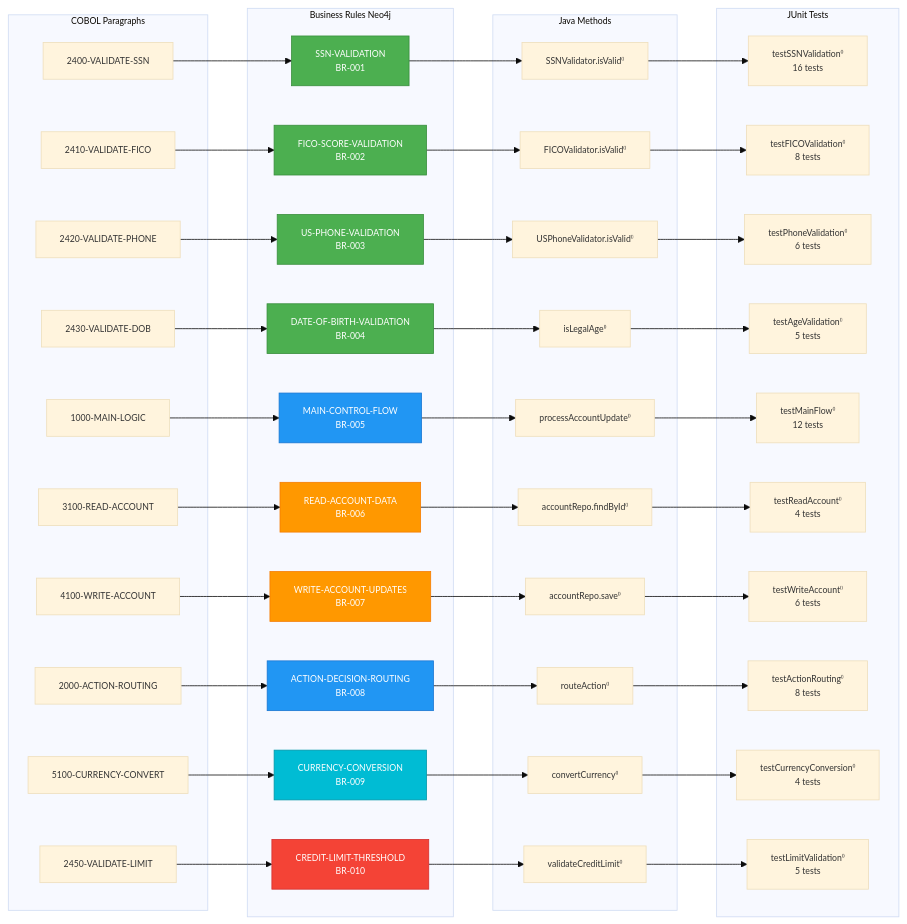
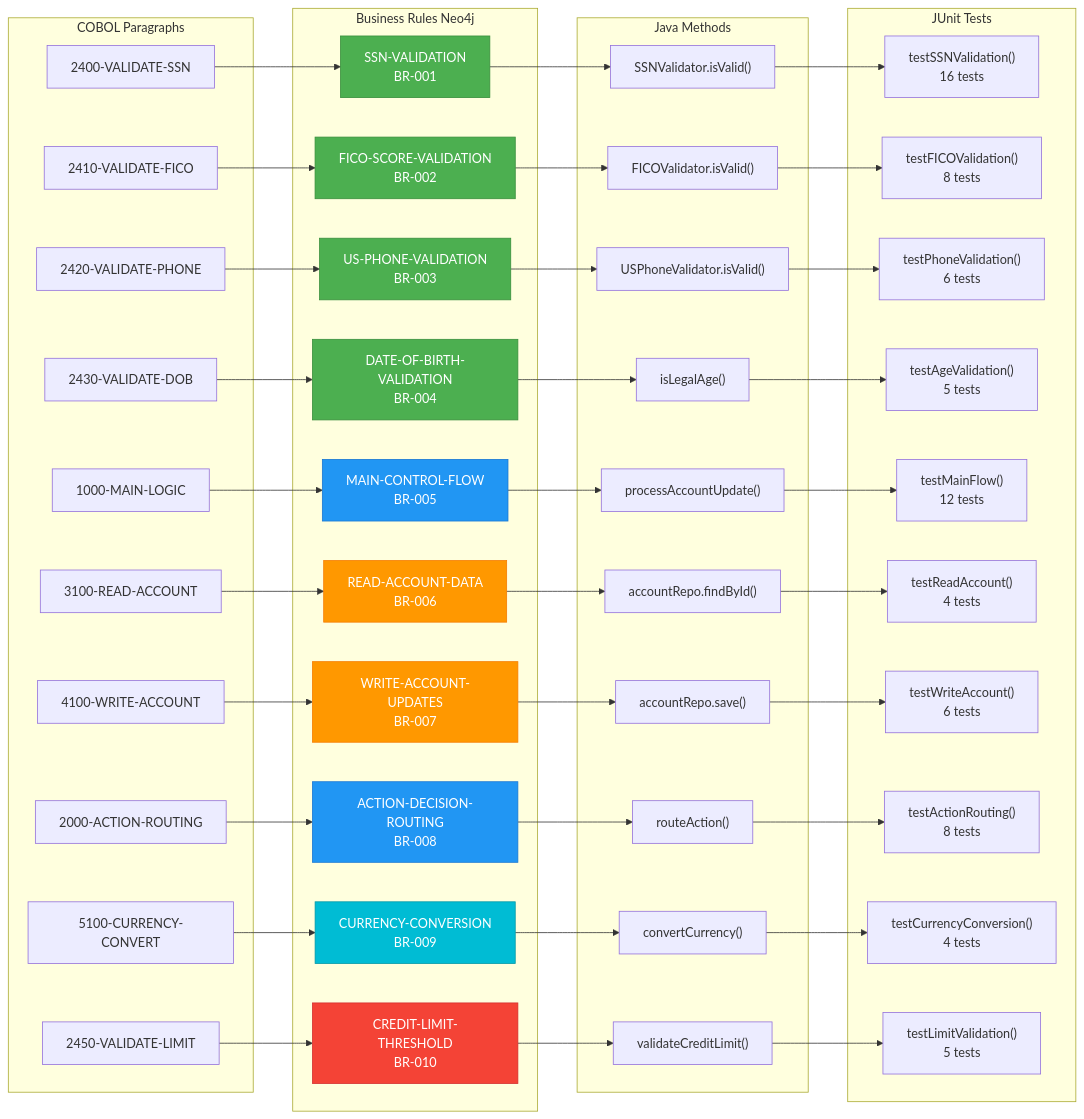
The second of 7 diagrams in docs/diagrams/BUSINESS-RULE-TRACEABILITY-DIAGRAM.md (vin082/LegacyCobolInsightsusingCustomAgents), drawn with Mermaid before and after one commit. The commit also changed other lines of this file, not shown here.

Commit message:
Fix Mermaid syntax errors in traceability diagrams - properly quote all labels and subgraphs for GitHub rendering

````diff
--- a/docs/diagrams/BUSINESS-RULE-TRACEABILITY-DIAGRAM.md
+++ b/docs/diagrams/BUSINESS-RULE-TRACEABILITY-DIAGRAM.md
@@ -86,73 +82,65 @@
 ```mermaid
-%%{init: {'theme':'base', 'themeVariables': { 'fontSize':'11px'}}}%%
 graph LR
-    subgraph "COBOL Paragraphs"
-        P1[2400-VALIDATE-SSN]
-        P2[2410-VALIDATE-FICO]
-        P3[2420-VALIDATE-PHONE]
-        P4[2430-VALIDATE-DOB]
-        P5[1000-MAIN-LOGIC]
-        P6[3100-READ-ACCOUNT]
-        P7[4100-WRITE-ACCOUNT]
-        P8[2000-ACTION-ROUTING]
-        P9[5100-CURRENCY-CONVERT]
-        P10[2450-VALIDATE-LIMIT]
+    subgraph COBOL_PARA["COBOL Paragraphs"]
+        P1["2400-VALIDATE-SSN"]
+        P2["2410-VALIDATE-FICO"]
+        P3["2420-VALIDATE-PHONE"]
+        P4["2430-VALIDATE-DOB"]
+        P5["1000-MAIN-LOGIC"]
+        P6["3100-READ-ACCOUNT"]
+        P7["4100-WRITE-ACCOUNT"]
+        P8["2000-ACTION-ROUTING"]
+        P9["5100-CURRENCY-CONVERT"]
+        P10["2450-VALIDATE-LIMIT"]
     end
     
-    subgraph "Business Rules Neo4j"
-        R1[SSN-VALIDATION<br/>BR-001]
-        R2[FICO-SCORE-VALIDATION<br/>BR-002]
-        R3[US-PHONE-VALIDATION<br/>BR-003]
-        R4[DATE-OF-BIRTH-VALIDATION<br/>BR-004]
-        R5[MAIN-CONTROL-FLOW<br/>BR-005]
-        R6[READ-ACCOUNT-DATA<br/>BR-006]
-        R7[WRITE-ACCOUNT-UPDATES<br/>BR-007]
-        R8[ACTION-DECISION-ROUTING<br/>BR-008]
-        R9[CURRENCY-CONVERSION<br/>BR-009]
-        R10[CREDIT-LIMIT-THRESHOLD<br/>BR-010]
+    subgraph BUS_RULES["Business Rules Neo4j"]
+        R1["SSN-VALIDATION<br/>BR-001"]
+        R2["FICO-SCORE-VALIDATION<br/>BR-002"]
+        R3["US-PHONE-VALIDATION<br/>BR-003"]
+        R4["DATE-OF-BIRTH-VALIDATION<br/>BR-004"]
+        R5["MAIN-CONTROL-FLOW<br/>BR-005"]
+        R6["READ-ACCOUNT-DATA<br/>BR-006"]
+        R7["WRITE-ACCOUNT-UPDATES<br/>BR-007"]
+        R8["ACTION-DECISION-ROUTING<br/>BR-008"]
+        R9["CURRENCY-CONVERSION<br/>BR-009"]
+        R10["CREDIT-LIMIT-THRESHOLD<br/>BR-010"]
     end
     
-    subgraph "Java Methods"
-        J1[SSNValidator.isValid⁽⁾]
-        J2[FICOValidator.isValid⁽⁾]
-        J3[USPhoneValidator.isValid⁽⁾]
-        J4[isLegalAge⁽⁾]
-        J5[processAccountUpdate⁽⁾]
-        J6[accountRepo.findById⁽⁾]
-        J7[accountRepo.save⁽⁾]
-        J8[routeAction⁽⁾]
-        J9[convertCurrency⁽⁾]
-        J10[validateCreditLimit⁽⁾]
+    subgraph JAVA_METHODS["Java Methods"]
+        J1["SSNValidator.isValid()"]
+        J2["FICOValidator.isValid()"]
+        J3["USPhoneValidator.isValid()"]
+        J4["isLegalAge()"]
+        J5["processAccountUpdate()"]
+        J6["accountRepo.findById()"]
+        J7["accountRepo.save()"]
+        J8["routeAction()"]
+        J9["convertCurrency()"]
+        J10["validateCreditLimit()"]
     end
     
-    subgraph "JUnit Tests"
-        T1[testSSNValidation⁽⁾<br/>16 tests]
-        T2[testFICOValidation⁽⁾<br/>8 tests]
-        T3[testPhoneValidation⁽⁾<br/>6 tests]
-        T4[testAgeValidation⁽⁾<br/>5 tests]
-        T5[testMainFlow⁽⁾<br/>12 tests]
-        T6[testReadAccount⁽⁾<br/>4 tests]
-        T7[testWriteAccount⁽⁾<br/>6 tests]
-        T8[testActionRouting⁽⁾<br/>8 tests]
-        T9[testCurrencyConversion⁽⁾<br/>4 tests]
-        T10[testLimitValidation⁽⁾<br/>5 tests]
+    subgraph JUNIT_TESTS["JUnit Tests"]
+        T1["testSSNValidation()<br/>16 tests"]
+        T2["testFICOValidation()<br/>8 tests"]
+        T3["testPhoneValidation()<br/>6 tests"]
+        T4["testAgeValidation()<br/>5 tests"]
+        T5["testMainFlow()<br/>12 tests"]
+        T6["testReadAccount()<br/>4 tests"]
+        T7["testWriteAccount()<br/>6 tests"]
+        T8["testActionRouting()<br/>8 tests"]
+        T9["testCurrencyConversion()<br/>4 tests"]
+        T10["testLimitValidation()<br/>5 tests"]
     end
     
-    %% VALIDATION RULES
     P1 --> R1 --> J1 --> T1
     P2 --> R2 --> J2 --> T2
     P3 --> R3 --> J3 --> T3
     P4 --> R4 --> J4 --> T4
-    
-    %% ROUTING RULES
     P5 --> R5 --> J5 --> T5
     P8 --> R8 --> J8 --> T8
-    
-    %% DATA ACCESS RULES
     P6 --> R6 --> J6 --> T6
     P7 --> R7 --> J7 --> T7
-    
-    %% CALCULATION/THRESHOLD
     P9 --> R9 --> J9 --> T9
     P10 --> R10 --> J10 --> T10
     
````
